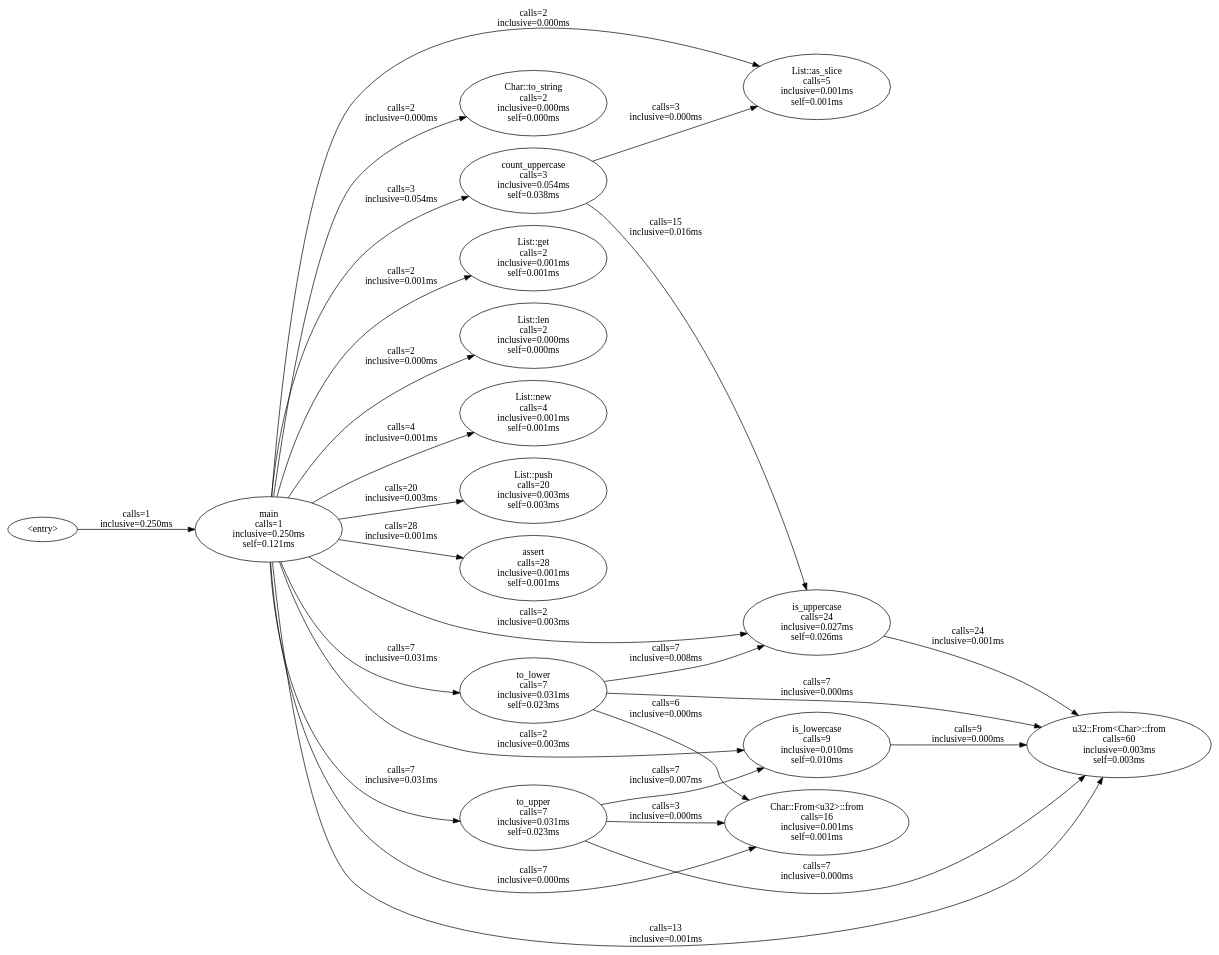
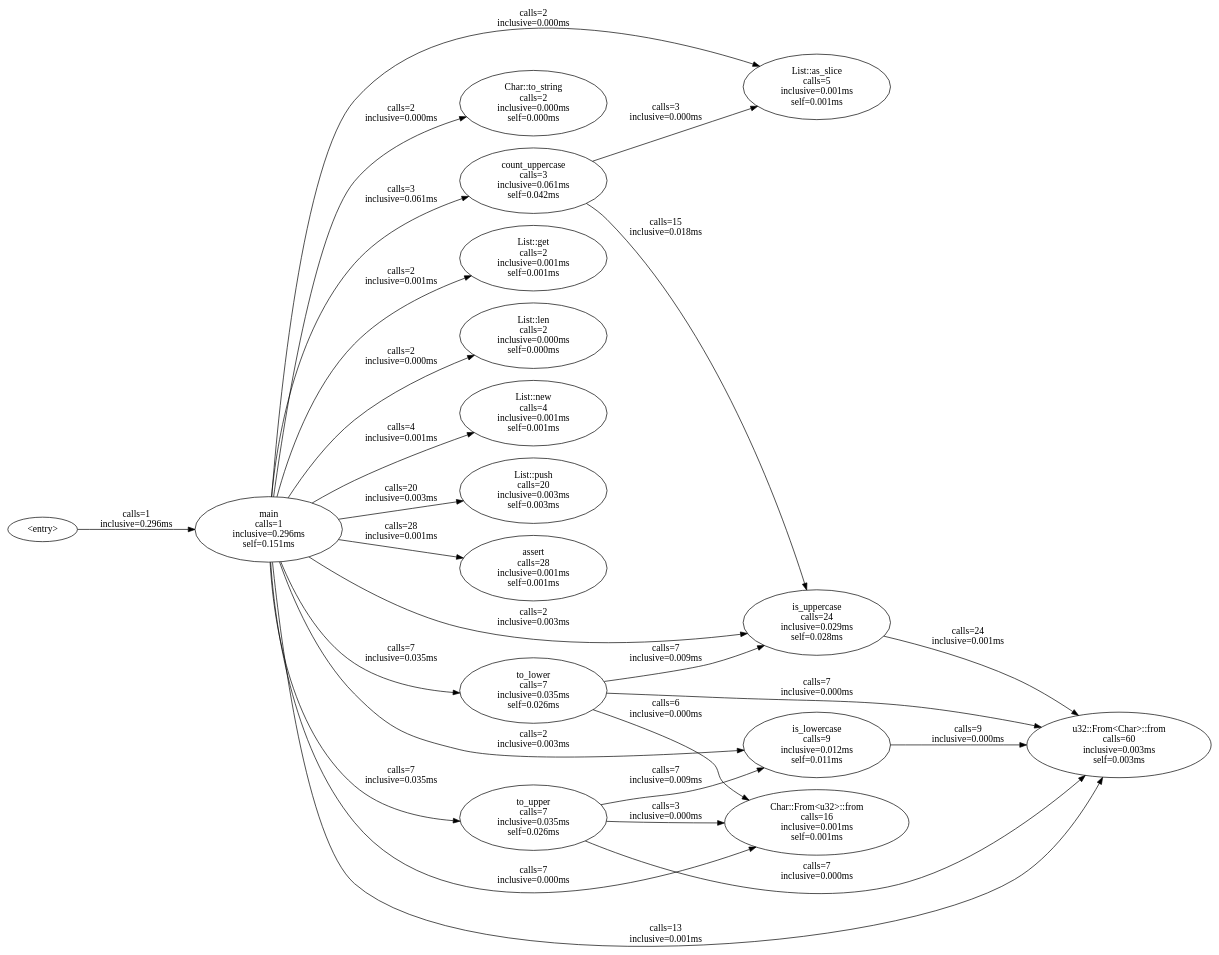
The diagram in metel-interpreter/docs/benchmarks/v0.8.2-evaluator-integration/int_10_char_processing.mtl.callgraph.dot (gust-lang/gust), drawn with Graphviz before and after one commit. The commit also changed 30 other files, not shown here.

```diff
--- a/metel-interpreter/docs/benchmarks/v0.8.2-evaluator-integration/int_10_char_processing.mtl.callgraph.dot
+++ b/metel-interpreter/docs/benchmarks/v0.8.2-evaluator-integration/int_10_char_processing.mtl.callgraph.dot
@@ -1,43 +1,43 @@
 digraph metel_callgraph {
   rankdir=LR;
   "Char::From<u32>::from" [label="Char::From<u32>::from\ncalls=16\ninclusive=0.001ms\nself=0.001ms"];
   "Char::to_string" [label="Char::to_string\ncalls=2\ninclusive=0.000ms\nself=0.000ms"];
   "List::as_slice" [label="List::as_slice\ncalls=5\ninclusive=0.001ms\nself=0.001ms"];
   "List::get" [label="List::get\ncalls=2\ninclusive=0.001ms\nself=0.001ms"];
   "List::len" [label="List::len\ncalls=2\ninclusive=0.000ms\nself=0.000ms"];
   "List::new" [label="List::new\ncalls=4\ninclusive=0.001ms\nself=0.001ms"];
   "List::push" [label="List::push\ncalls=20\ninclusive=0.003ms\nself=0.003ms"];
   "assert" [label="assert\ncalls=28\ninclusive=0.001ms\nself=0.001ms"];
-  "count_uppercase" [label="count_uppercase\ncalls=3\ninclusive=0.054ms\nself=0.038ms"];
-  "is_lowercase" [label="is_lowercase\ncalls=9\ninclusive=0.010ms\nself=0.010ms"];
-  "is_uppercase" [label="is_uppercase\ncalls=24\ninclusive=0.027ms\nself=0.026ms"];
-  "main" [label="main\ncalls=1\ninclusive=0.250ms\nself=0.121ms"];
-  "to_lower" [label="to_lower\ncalls=7\ninclusive=0.031ms\nself=0.023ms"];
-  "to_upper" [label="to_upper\ncalls=7\ninclusive=0.031ms\nself=0.023ms"];
+  "count_uppercase" [label="count_uppercase\ncalls=3\ninclusive=0.061ms\nself=0.042ms"];
+  "is_lowercase" [label="is_lowercase\ncalls=9\ninclusive=0.012ms\nself=0.011ms"];
+  "is_uppercase" [label="is_uppercase\ncalls=24\ninclusive=0.029ms\nself=0.028ms"];
+  "main" [label="main\ncalls=1\ninclusive=0.296ms\nself=0.151ms"];
+  "to_lower" [label="to_lower\ncalls=7\ninclusive=0.035ms\nself=0.026ms"];
+  "to_upper" [label="to_upper\ncalls=7\ninclusive=0.035ms\nself=0.026ms"];
   "u32::From<Char>::from" [label="u32::From<Char>::from\ncalls=60\ninclusive=0.003ms\nself=0.003ms"];
-  "<entry>" -> "main" [label="calls=1\ninclusive=0.250ms"];
+  "<entry>" -> "main" [label="calls=1\ninclusive=0.296ms"];
   "count_uppercase" -> "List::as_slice" [label="calls=3\ninclusive=0.000ms"];
-  "count_uppercase" -> "is_uppercase" [label="calls=15\ninclusive=0.016ms"];
+  "count_uppercase" -> "is_uppercase" [label="calls=15\ninclusive=0.018ms"];
   "is_lowercase" -> "u32::From<Char>::from" [label="calls=9\ninclusive=0.000ms"];
   "is_uppercase" -> "u32::From<Char>::from" [label="calls=24\ninclusive=0.001ms"];
   "main" -> "Char::From<u32>::from" [label="calls=7\ninclusive=0.000ms"];
   "main" -> "Char::to_string" [label="calls=2\ninclusive=0.000ms"];
   "main" -> "List::as_slice" [label="calls=2\ninclusive=0.000ms"];
   "main" -> "List::get" [label="calls=2\ninclusive=0.001ms"];
   "main" -> "List::len" [label="calls=2\ninclusive=0.000ms"];
   "main" -> "List::new" [label="calls=4\ninclusive=0.001ms"];
   "main" -> "List::push" [label="calls=20\ninclusive=0.003ms"];
   "main" -> "assert" [label="calls=28\ninclusive=0.001ms"];
-  "main" -> "count_uppercase" [label="calls=3\ninclusive=0.054ms"];
+  "main" -> "count_uppercase" [label="calls=3\ninclusive=0.061ms"];
   "main" -> "is_lowercase" [label="calls=2\ninclusive=0.003ms"];
   "main" -> "is_uppercase" [label="calls=2\ninclusive=0.003ms"];
-  "main" -> "to_lower" [label="calls=7\ninclusive=0.031ms"];
-  "main" -> "to_upper" [label="calls=7\ninclusive=0.031ms"];
+  "main" -> "to_lower" [label="calls=7\ninclusive=0.035ms"];
+  "main" -> "to_upper" [label="calls=7\ninclusive=0.035ms"];
   "main" -> "u32::From<Char>::from" [label="calls=13\ninclusive=0.001ms"];
   "to_lower" -> "Char::From<u32>::from" [label="calls=6\ninclusive=0.000ms"];
-  "to_lower" -> "is_uppercase" [label="calls=7\ninclusive=0.008ms"];
+  "to_lower" -> "is_uppercase" [label="calls=7\ninclusive=0.009ms"];
   "to_lower" -> "u32::From<Char>::from" [label="calls=7\ninclusive=0.000ms"];
   "to_upper" -> "Char::From<u32>::from" [label="calls=3\ninclusive=0.000ms"];
-  "to_upper" -> "is_lowercase" [label="calls=7\ninclusive=0.007ms"];
+  "to_upper" -> "is_lowercase" [label="calls=7\ninclusive=0.009ms"];
   "to_upper" -> "u32::From<Char>::from" [label="calls=7\ninclusive=0.000ms"];
 }
```
